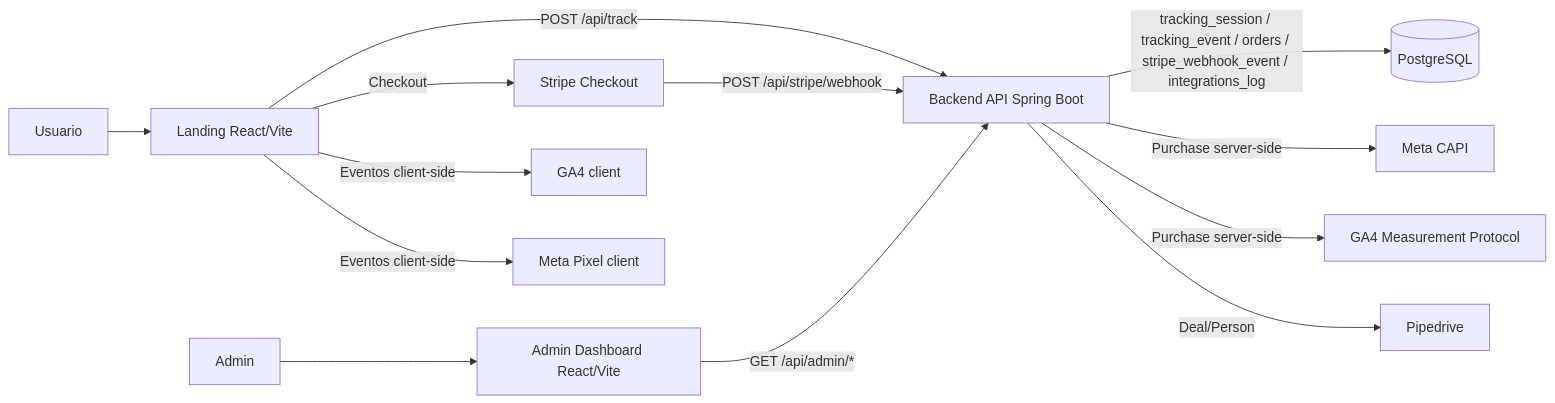
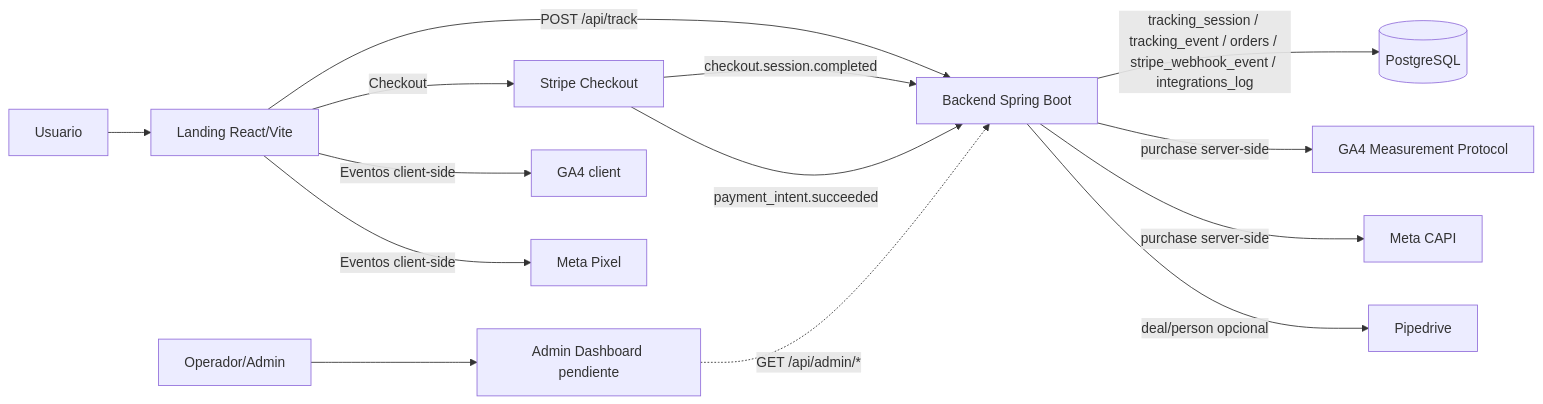
The first of 2 diagrams in infra/arquitectura_end-to-end.md (No-Country-simulation/S02-26-Equipo-15-Web-App-Development), drawn with Mermaid before and after one commit. The commit also changed other lines of this file and 5 other files, not shown here.

Commit message:
docs: refresh project, architecture and database documentation

````diff
--- a/infra/arquitectura_end-to-end.md
+++ b/infra/arquitectura_end-to-end.md
@@ -14,20 +16,20 @@
 ```mermaid
 flowchart LR
   U[Usuario] --> L[Landing React/Vite]
-  A[Admin] --> AD[Admin Dashboard React/Vite]
+  A[Operador/Admin] --> AD[Admin Dashboard pendiente]
+  L -->|POST /api/track| API[Backend Spring Boot]
+  L -->|Checkout| ST[Stripe Checkout]
+  AD -.->|GET /api/admin/*| API
 
-  L -->|POST /api/track| API[Backend API Spring Boot]
-  AD -->|GET /api/admin/*| API
-
-  L -->|Checkout| ST[Stripe Checkout]
-  ST -->|POST /api/stripe/webhook| API
-
-  L -->|Eventos client-side| GAClient[GA4 client]
-  L -->|Eventos client-side| MPClient[Meta Pixel client]
+  ST -->|checkout.session.completed| API
+  ST -->|payment_intent.succeeded| API
 
   API -->|tracking_session / tracking_event / orders / stripe_webhook_event / integrations_log| DB[(PostgreSQL)]
 
-  API -->|Purchase server-side| MCAPI[Meta CAPI]
-  API -->|Purchase server-side| GA4MP[GA4 Measurement Protocol]
-  API -->|Deal/Person| PD[Pipedrive]
+  L -->|Eventos client-side| GAC[GA4 client]
+  L -->|Eventos client-side| MPC[Meta Pixel]
+
+  API -->|purchase server-side| GAMPS[GA4 Measurement Protocol]
+  API -->|purchase server-side| MCAPI[Meta CAPI]
+  API -->|deal/person opcional| PD[Pipedrive]
 ```
````
